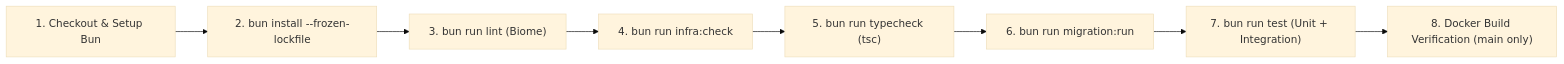
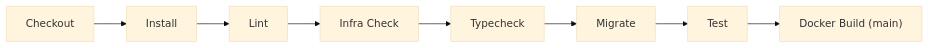
Before and after one commit to jlevigt/health-vitals: the diagram in docs/architecture/dependencies-and-testing.md, drawn with Mermaid (base theme). The commit also changed 4 other files, not shown here.

Commit message:
docs(architecture): split C4 diagrams into focused single-intent views

````diff
--- a/docs/architecture/dependencies-and-testing.md
+++ b/docs/architecture/dependencies-and-testing.md
@@ -72,10 +72,10 @@
 ```mermaid
 flowchart LR
-    Checkout["1. Checkout & Setup Bun"] --> Install["2. bun install --frozen-lockfile"]
-    Install --> Lint["3. bun run lint (Biome)"]
-    Lint --> InfraCheck["4. bun run infra:check"]
-    InfraCheck --> Typecheck["5. bun run typecheck (tsc)"]
-    Typecheck --> Migrate["6. bun run migration:run"]
-    Migrate --> Test["7. bun run test (Unit + Integration)"]
-    Test --> Build["8. Docker Build Verification (main only)"]
+    Checkout["Checkout"] --> Install["Install"]
+    Install --> Lint["Lint"]
+    Lint --> InfraCheck["Infra Check"]
+    InfraCheck --> Typecheck["Typecheck"]
+    Typecheck --> Migrate["Migrate"]
+    Migrate --> Test["Test"]
+    Test --> Build["Docker Build (main)"]
 ```
````
